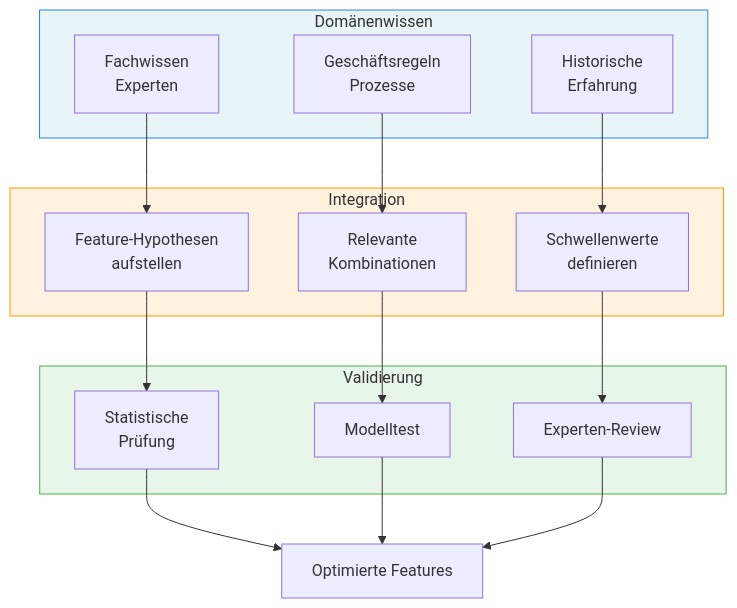
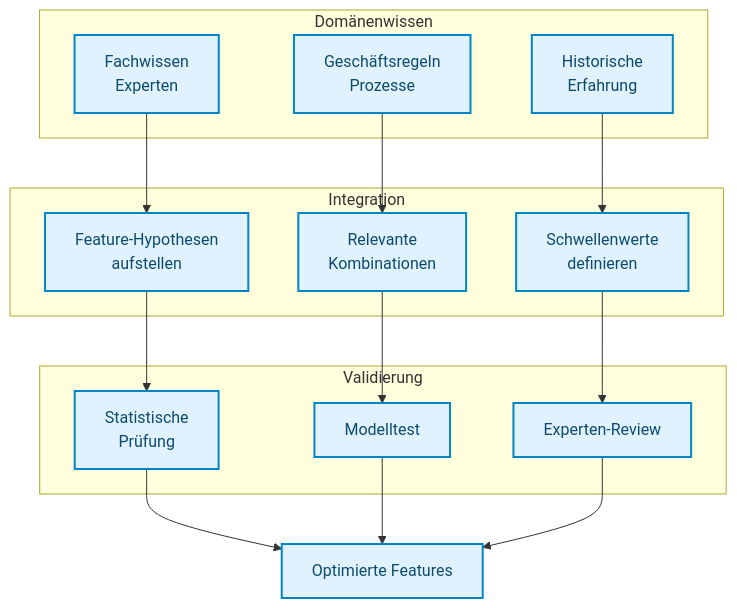
One commit to ralf-42/ML_Intro changed the third of 4 diagrams in docs/concepts/prepare/feature-engineering.md. Above: the diagram before and after it, drawn with Mermaid. The commit also changed other lines of this file and 67 other files, not shown here.

````diff
--- a/docs/concepts/prepare/feature-engineering.md
+++ b/docs/concepts/prepare/feature-engineering.md
@@ -606,36 +601,34 @@
 ```mermaid
 flowchart TB
     subgraph Domain["Domänenwissen"]
         A[Fachwissen<br/>Experten]
         B[Geschäftsregeln<br/>Prozesse]
         C[Historische<br/>Erfahrung]
     end
     
     subgraph Integration["Integration"]
         D[Feature-Hypothesen<br/>aufstellen]
         E[Relevante<br/>Kombinationen]
         F[Schwellenwerte<br/>definieren]
     end
     
     subgraph Validation["Validierung"]
         G[Statistische<br/>Prüfung]
         H[Modelltest]
         I[Experten-Review]
     end
     
     A --> D
     B --> E
     C --> F
     
     D --> G
     E --> H
     F --> I
     
     G --> J[Optimierte Features]
     H --> J
     I --> J
-    
-    style Domain fill:#e8f4f8,stroke:#1e88e5
-    style Integration fill:#fff3e0,stroke:#ff9800
-    style Validation fill:#e8f5e9,stroke:#4caf50
+
+    classDef default fill:#e0f2fe,stroke:#0284c7,stroke-width:2px,color:#0c4a6e;
 ```
````
